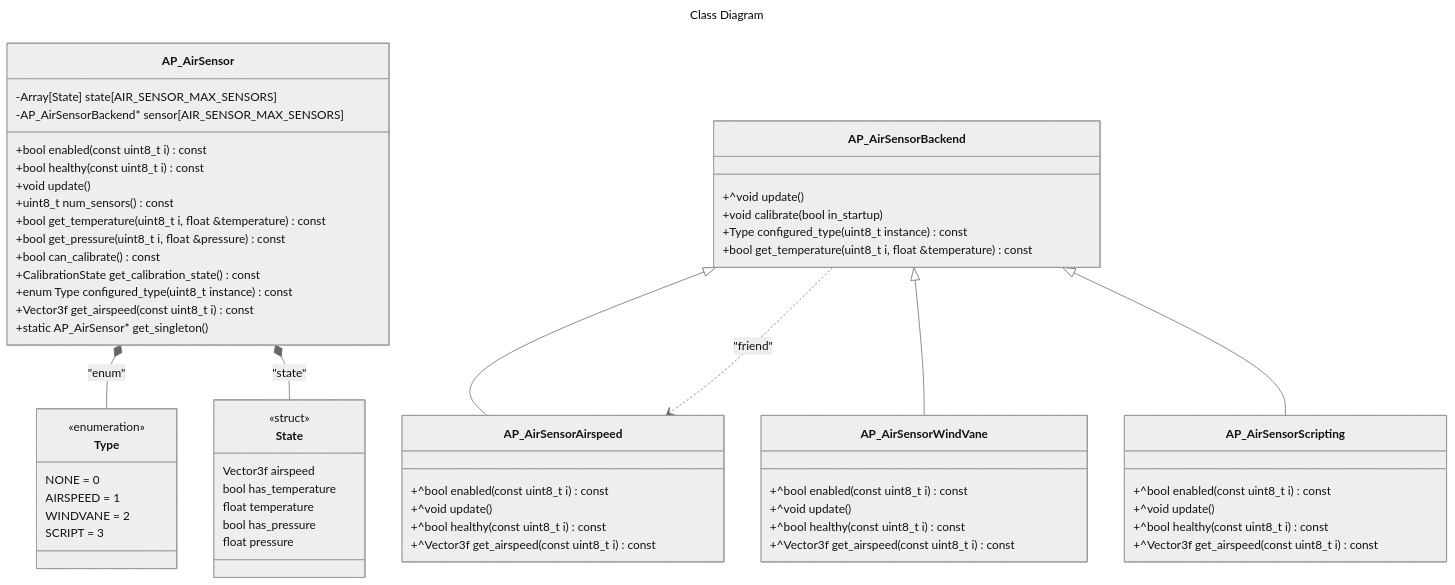
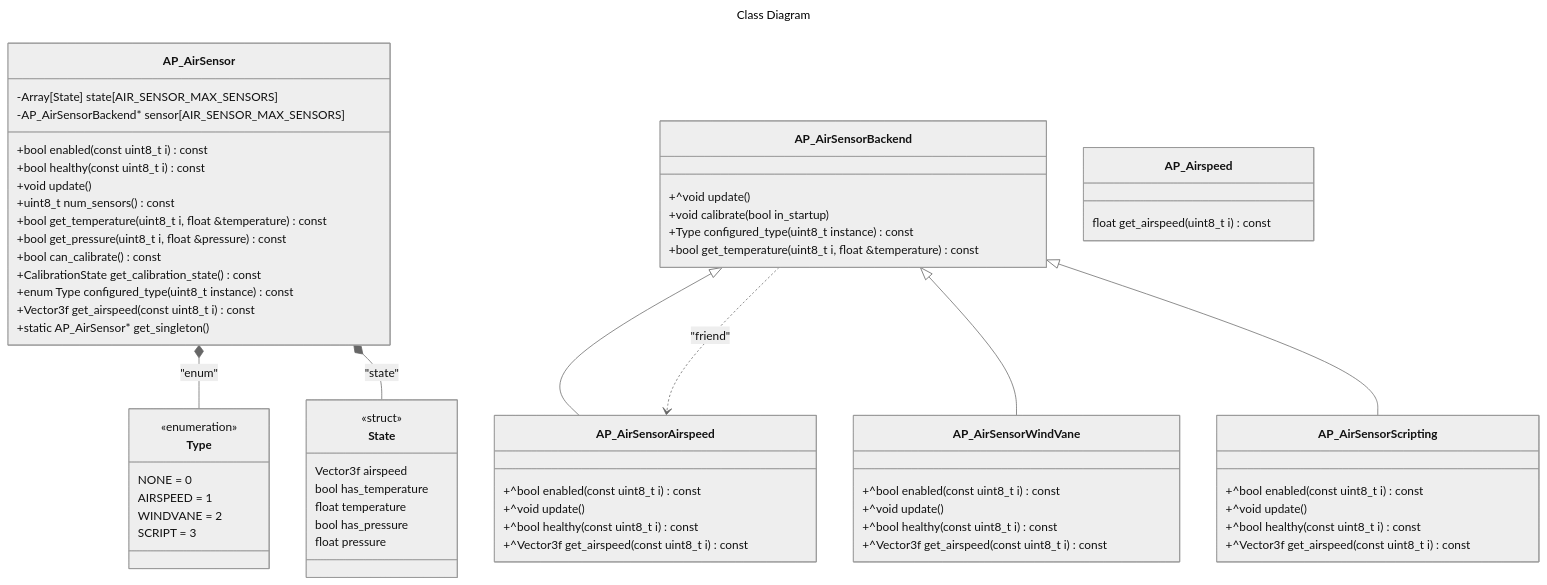
Before and after one commit to Ryanf55/ardupilot: the diagram in libraries/AP_AirSensor/README.md, drawn with Mermaid (neutral theme). The commit also changed 1 other file, not shown here.

Commit message:
More impl

````diff
--- a/libraries/AP_AirSensor/README.md
+++ b/libraries/AP_AirSensor/README.md
@@ -11,75 +11,79 @@
 ```mermaid
 ---
 title: Class Diagram
 ---
 classDiagram
 
     class Type {
         <<enumeration>>
         NONE = 0
         AIRSPEED = 1
         WINDVANE = 2
         SCRIPT = 3
     }
 
     class State {
         <<struct>>
         Vector3f airspeed
         bool has_temperature
         float temperature
         bool has_pressure
         float pressure
     }
 
     class AP_AirSensor {
         +bool enabled(const uint8_t i) const
         +bool healthy(const uint8_t i) const
         +void update()
         +uint8_t num_sensors() const
         +bool get_temperature(uint8_t i, float &temperature) const
         +bool get_pressure(uint8_t i, float &pressure) const
         +bool can_calibrate() const
         +CalibrationState get_calibration_state() const
         +enum Type configured_type(uint8_t instance) const
         +Vector3f get_airspeed(const uint8_t i) const
         +static AP_AirSensor* get_singleton()
         -Array[State] state[AIR_SENSOR_MAX_SENSORS]
         -AP_AirSensorBackend* sensor[AIR_SENSOR_MAX_SENSORS]
     }
 
     class AP_AirSensorBackend {
         +^void update()
         +void calibrate(bool in_startup)
         +Type configured_type(uint8_t instance) const
         +bool get_temperature(uint8_t i, float &temperature) const
     }
 
     class AP_AirSensorAirspeed {
         +^bool enabled(const uint8_t i) const
         +^void update()
         +^bool healthy(const uint8_t i) const
         +^Vector3f get_airspeed(const uint8_t i) const
     }
 
     class AP_AirSensorWindVane {
         +^bool enabled(const uint8_t i) const
         +^void update()
         +^bool healthy(const uint8_t i) const
         +^Vector3f get_airspeed(const uint8_t i) const
     }
 
     class AP_AirSensorScripting {
         +^bool enabled(const uint8_t i) const
         +^void update()
         +^bool healthy(const uint8_t i) const
         +^Vector3f get_airspeed(const uint8_t i) const
     }
 
+    class AP_Airspeed {
+        float get_airspeed(uint8_t i) const
+    }
+
     AP_AirSensorBackend <|-- AP_AirSensorAirspeed
     AP_AirSensorBackend <|-- AP_AirSensorWindVane
     AP_AirSensorBackend <|-- AP_AirSensorScripting
 
     AP_AirSensorBackend ..> AP_AirSensorAirspeed : "friend"
     AP_AirSensor *-- Type : "enum"
     AP_AirSensor *-- State : "state"
 ```
````
